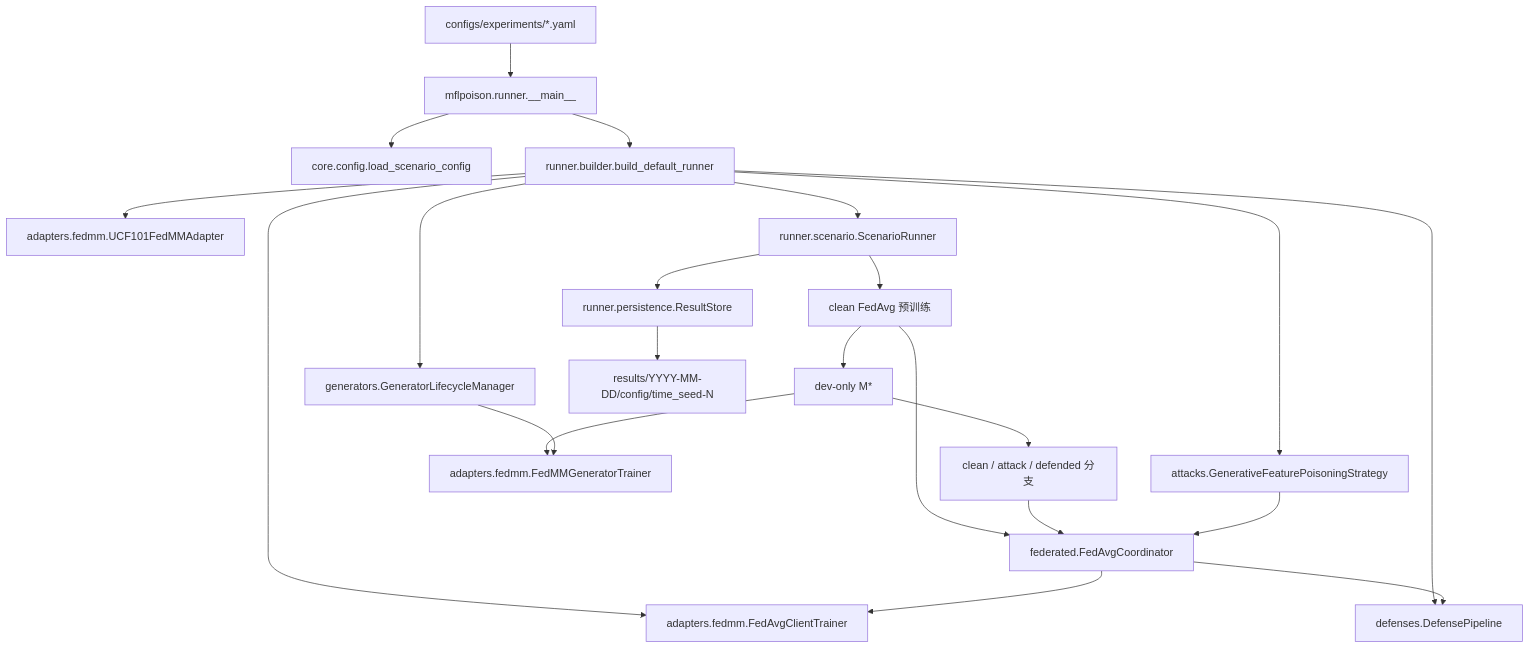
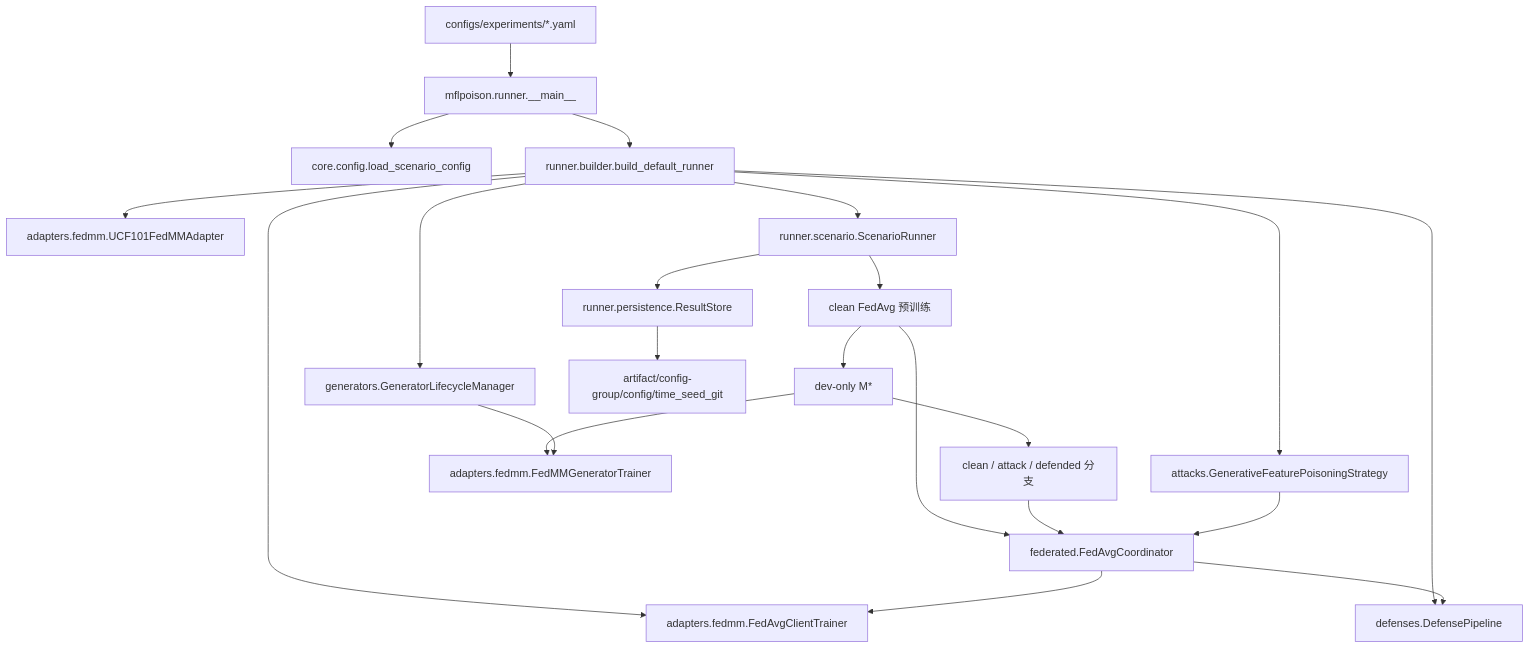
One commit to softmountain/mflpoison changed the diagram in docs/CURRENT_PIPELINE_STRUCTURE.md. Above: the diagram before and after it, drawn with Mermaid. The commit also changed other lines of this file and 33 other files, not shown here.

````diff
--- a/docs/CURRENT_PIPELINE_STRUCTURE.md
+++ b/docs/CURRENT_PIPELINE_STRUCTURE.md
@@ -12,24 +12,24 @@
 ```mermaid
 flowchart TD
     Config["configs/experiments/*.yaml"] --> CLI["mflpoison.runner.__main__"]
     CLI --> Load["core.config.load_scenario_config"]
     CLI --> Builder["runner.builder.build_default_runner"]
     Builder --> Adapter["adapters.fedmm.UCF101FedMMAdapter"]
     Builder --> ClientTrainer["adapters.fedmm.FedAvgClientTrainer"]
     Builder --> Lifecycle["generators.GeneratorLifecycleManager"]
     Builder --> Attack["attacks.GenerativeFeaturePoisoningStrategy"]
     Builder --> Defense["defenses.DefensePipeline"]
     Builder --> Scenario["runner.scenario.ScenarioRunner"]
     Scenario --> Pretrain["clean FedAvg 预训练"]
     Pretrain --> Coordinator["federated.FedAvgCoordinator"]
     Coordinator --> ClientTrainer
     Pretrain --> MStar["dev-only M*"]
     MStar --> Generator["adapters.fedmm.FedMMGeneratorTrainer"]
     Lifecycle --> Generator
     MStar --> Branches["clean / attack / defended 分支"]
     Branches --> Coordinator
     Attack --> Coordinator
     Coordinator --> Defense
     Scenario --> Store["runner.persistence.ResultStore"]
-    Store --> Results["results/YYYY-MM-DD/config/time_seed-N"]
+    Store --> Artifact["artifact/config-group/config/time_seed_git"]
 ```
````
